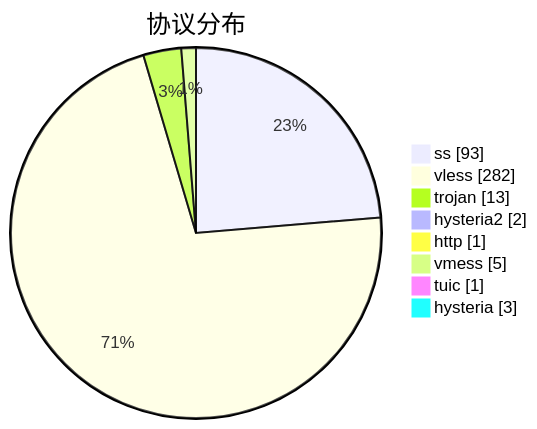
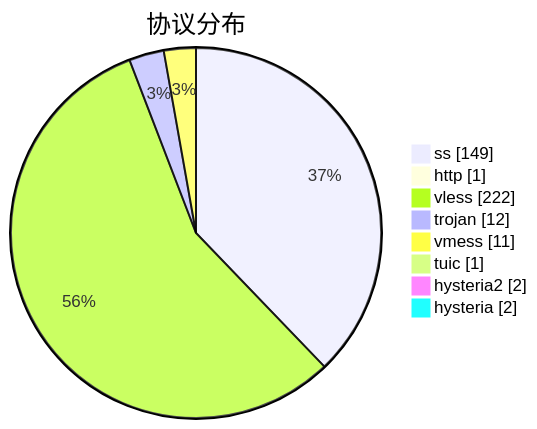
The third of 3 diagrams in subs/statistics/tested_within.md (qjlxg/airport), drawn with Mermaid before and after one commit. The commit also changed other lines of this file and 2 other files, not shown here.

````diff
--- a/subs/statistics/tested_within.md
+++ b/subs/statistics/tested_within.md
@@ -30,12 +28,12 @@
 ```mermaid
 pie showData
 title 协议分布
-"ss" : 93
-"vless" : 282
-"trojan" : 13
+"ss" : 149
+"http" : 1
+"vless" : 222
+"trojan" : 12
+"vmess" : 11
+"tuic" : 1
 "hysteria2" : 2
-"http" : 1
-"vmess" : 5
-"tuic" : 1
-"hysteria" : 3
+"hysteria" : 2
 ```
````
